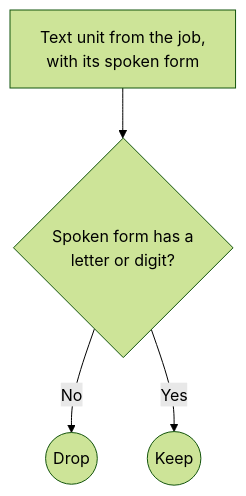
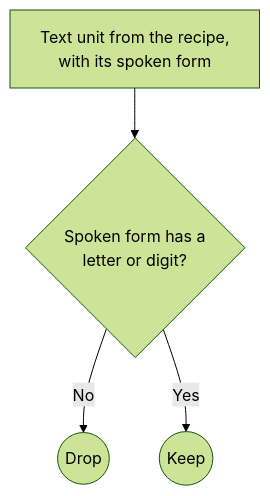
The second of 2 diagrams in docs/technical-design/article-extraction.md (asermax/nagara), drawn with Mermaid (forest theme) before and after one commit. The commit also changed other lines of this file and 18 other files, not shown here.

````diff
--- a/docs/technical-design/article-extraction.md
+++ b/docs/technical-design/article-extraction.md
@@ -66,6 +66,6 @@
 ```mermaid
 flowchart TD
-    A["Text unit from the job,<br/>with its spoken form"] --> C{"Spoken form has a<br/>letter or digit?"}
+    A["Text unit from the recipe,<br/>with its spoken form"] --> C{"Spoken form has a<br/>letter or digit?"}
     C -->|No| D((Drop))
     C -->|Yes| K((Keep))
 ```
````
